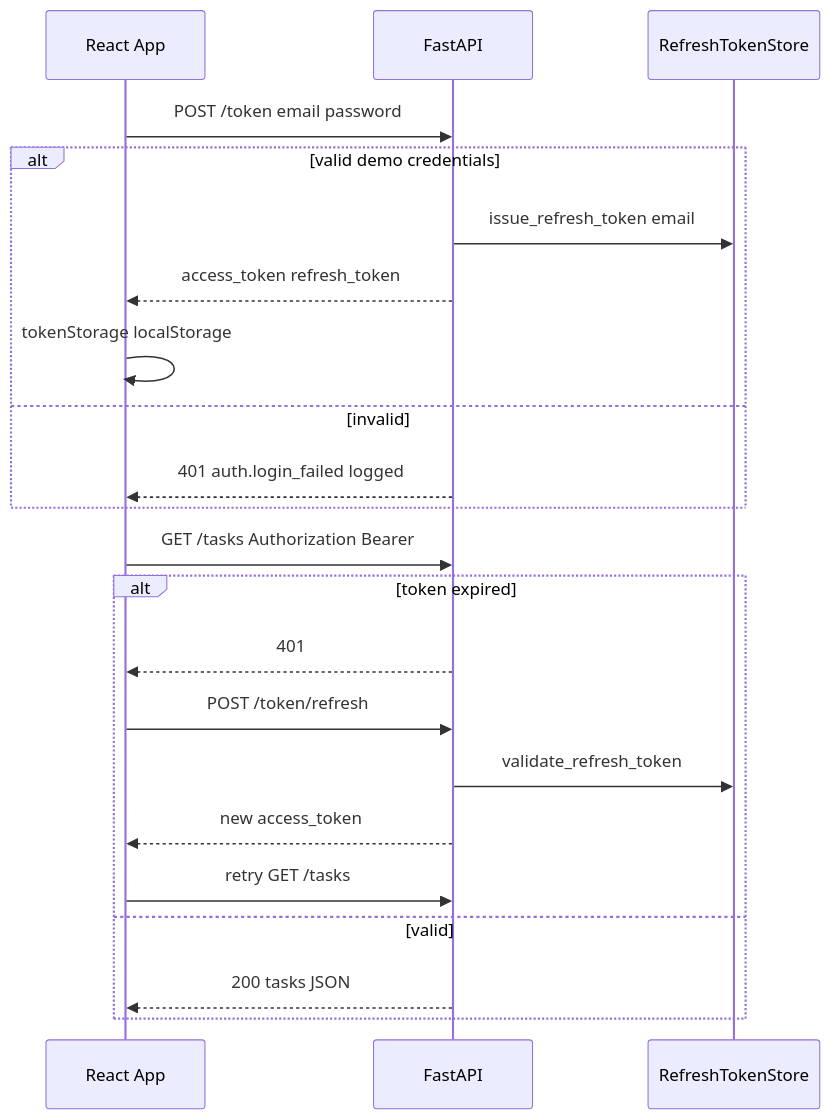
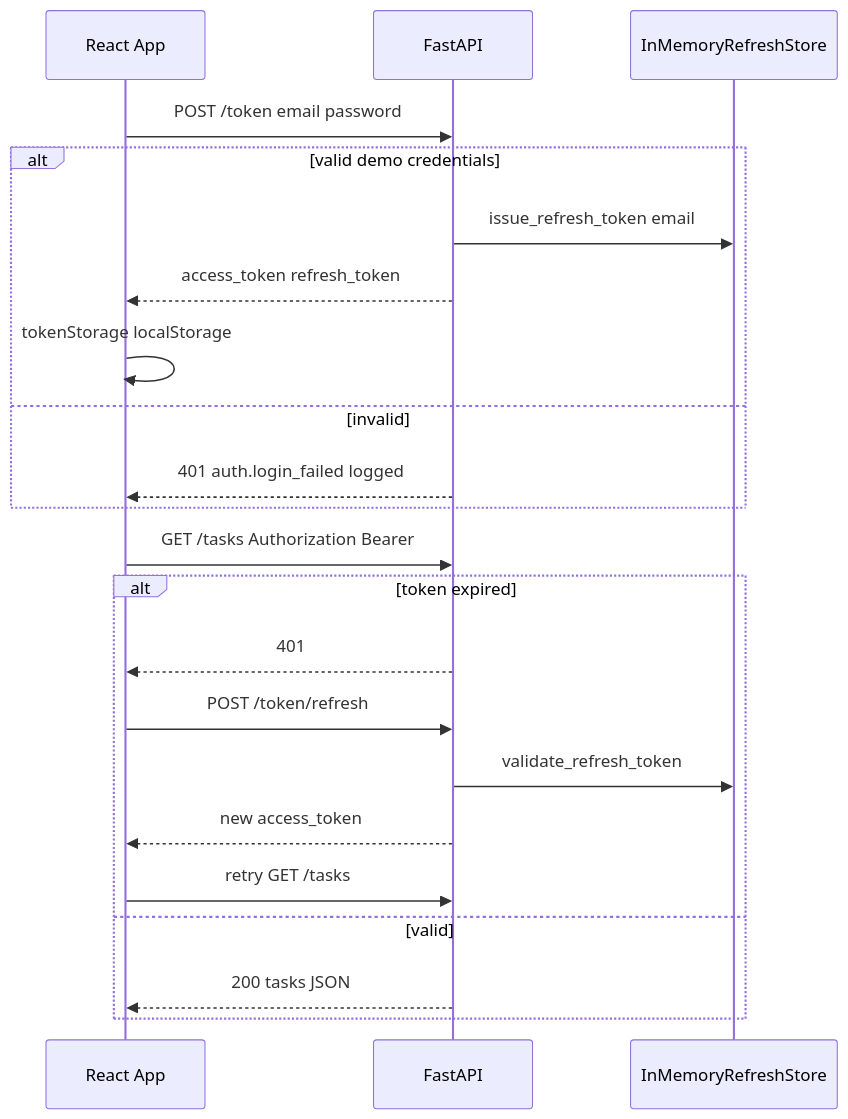
One commit to akash-inc/coe_training changed the third of 7 diagrams in Day 15/docs/ARCHITECTURE.md. Above: the diagram before and after it, drawn with Mermaid. The commit also changed other lines of this file and 4 other files, not shown here.

````diff
--- a/Day 15/docs/ARCHITECTURE.md
+++ b/Day 15/docs/ARCHITECTURE.md
@@ -76,26 +80,26 @@
 ```mermaid
 sequenceDiagram
   participant UI as React App
   participant API as FastAPI
-  participant Store as RefreshTokenStore
+  participant Store as InMemoryRefreshStore
 
   UI->>API: POST /token email password
   alt valid demo credentials
     API->>Store: issue_refresh_token email
     API-->>UI: access_token refresh_token
     UI->>UI: tokenStorage localStorage
   else invalid
     API-->>UI: 401 auth.login_failed logged
   end
 
   UI->>API: GET /tasks Authorization Bearer
   alt token expired
     API-->>UI: 401
     UI->>API: POST /token/refresh
     API->>Store: validate_refresh_token
     API-->>UI: new access_token
     UI->>API: retry GET /tasks
   else valid
     API-->>UI: 200 tasks JSON
   end
 ```
````
